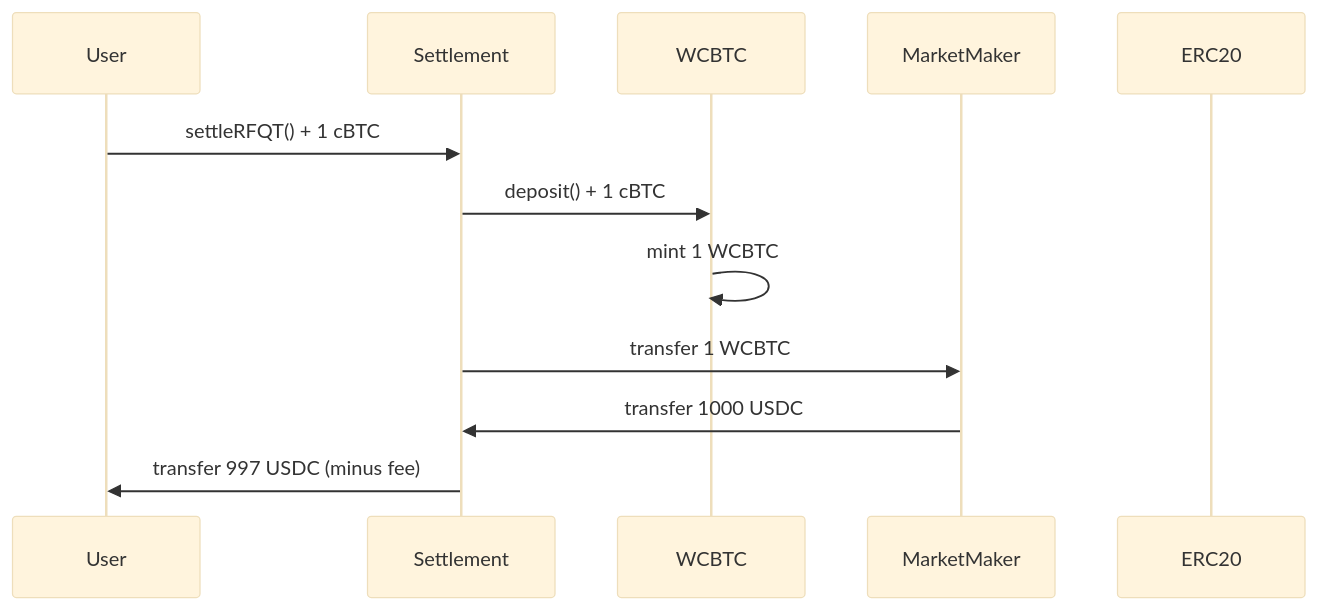
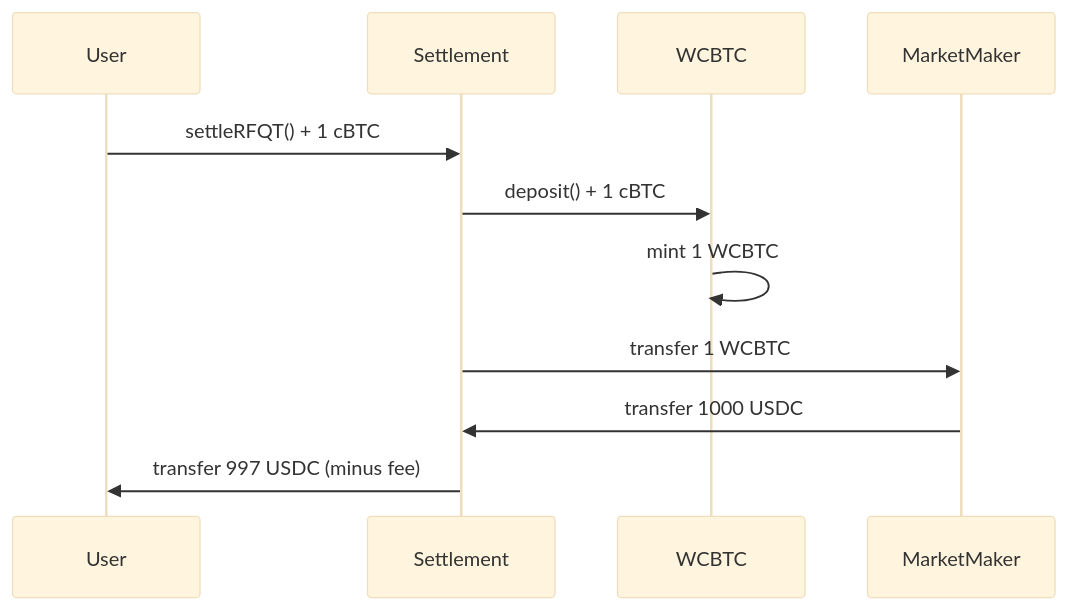
Before and after one commit to crest-bitcoin/docs: the first of 2 diagrams in contracts/wcbtc.mdx, drawn with Mermaid (base theme). The commit also changed other lines of this file and 2 other files, not shown here.

````diff
--- a/contracts/wcbtc.mdx
+++ b/contracts/wcbtc.mdx
@@ -192,15 +190,14 @@
 ```mermaid
 sequenceDiagram
     participant User
     participant Settlement
     participant WCBTC
     participant MarketMaker
-    participant ERC20
 
     User->>Settlement: settleRFQT() + 1 cBTC
     Settlement->>WCBTC: deposit() + 1 cBTC
     WCBTC->>WCBTC: mint 1 WCBTC
     Settlement->>MarketMaker: transfer 1 WCBTC
     MarketMaker->>Settlement: transfer 1000 USDC
     Settlement->>User: transfer 997 USDC (minus fee)
 ```
````
